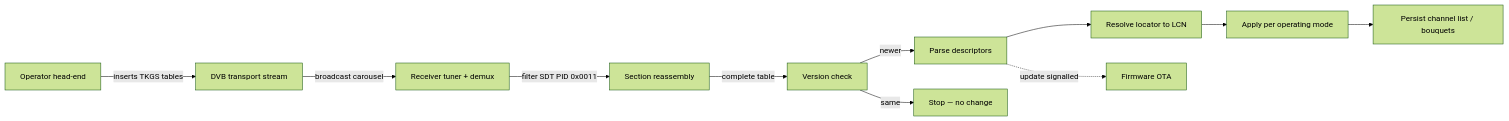
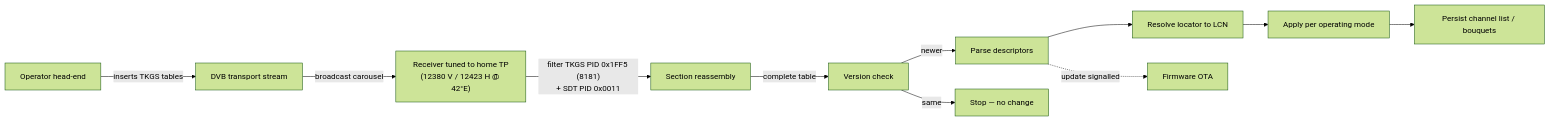
One commit to echza/tkgs-protocol-reference changed the diagram in README.md. Above: the diagram before and after it, drawn with Mermaid (forest theme). The commit also changed other lines of this file and 11 other files, not shown here.

First line of the commit message:
Spec 0.2: home transponders, TKGS PID, gap fixes and reference decoder

````diff
--- a/README.md
+++ b/README.md
@@ -34,13 +37,13 @@
 ```mermaid
 flowchart LR
   A["Operator head-end"] -->|"inserts TKGS tables"| B["DVB transport stream"]
-  B -->|"broadcast carousel"| C["Receiver tuner + demux"]
-  C -->|"filter SDT PID 0x0011"| D["Section reassembly"]
+  B -->|"broadcast carousel"| C["Receiver tuned to home TP<br/>(12380 V / 12423 H @ 42°E)"]
+  C -->|"filter TKGS PID 0x1FF5 (8181)<br/>+ SDT PID 0x0011"| D["Section reassembly"]
   D -->|"complete table"| E["Version check"]
   E -->|"newer"| F["Parse descriptors"]
   E -->|"same"| Z["Stop — no change"]
   F --> G["Resolve locator to LCN"]
   G --> H["Apply per operating mode"]
   H --> I["Persist channel list / bouquets"]
   F -.->|"update signalled"| J["Firmware OTA"]
 ```
````
